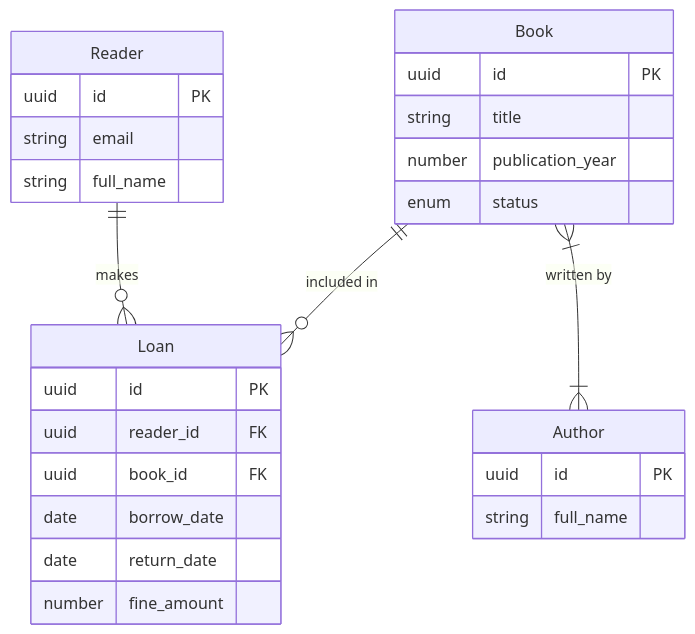
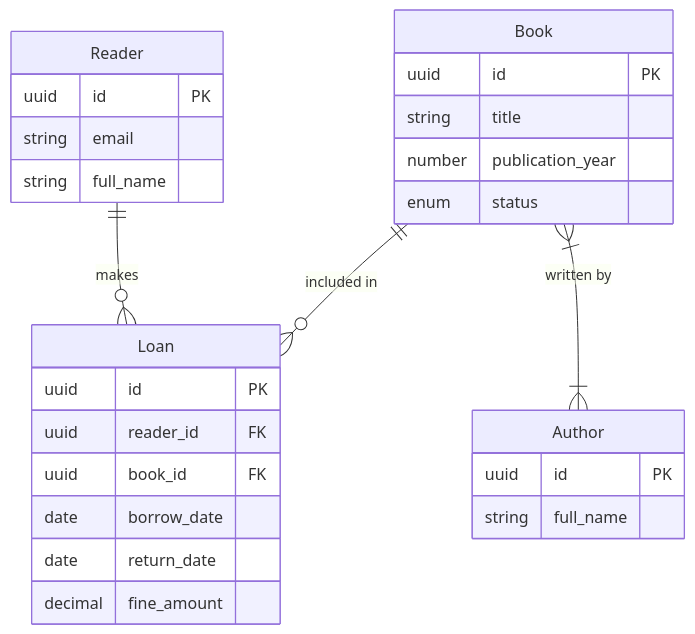
Before and after one commit to Fitil4ik/Library-system: the diagram in diagram.mermaid, drawn with Mermaid. The commit also changed 2 other files, not shown here.

Commit message:
enforce decimal for Loan fine_amount

```diff
--- a/diagram.mermaid
+++ b/diagram.mermaid
@@ -1,28 +1,28 @@
 erDiagram
     Reader {
         uuid id PK
         string email
         string full_name
     }
     Author {
         uuid id PK
         string full_name
     }
     Book {
         uuid id PK
         string title
         number publication_year
         enum status
     }
     Loan {
         uuid id PK
         uuid reader_id FK
         uuid book_id FK
         date borrow_date
         date return_date
-        number fine_amount
+        decimal fine_amount
     }
 
     Reader ||--o{ Loan : "makes"
     Book ||--o{ Loan : "included in"
     Book }|--|{ Author : "written by"
```
